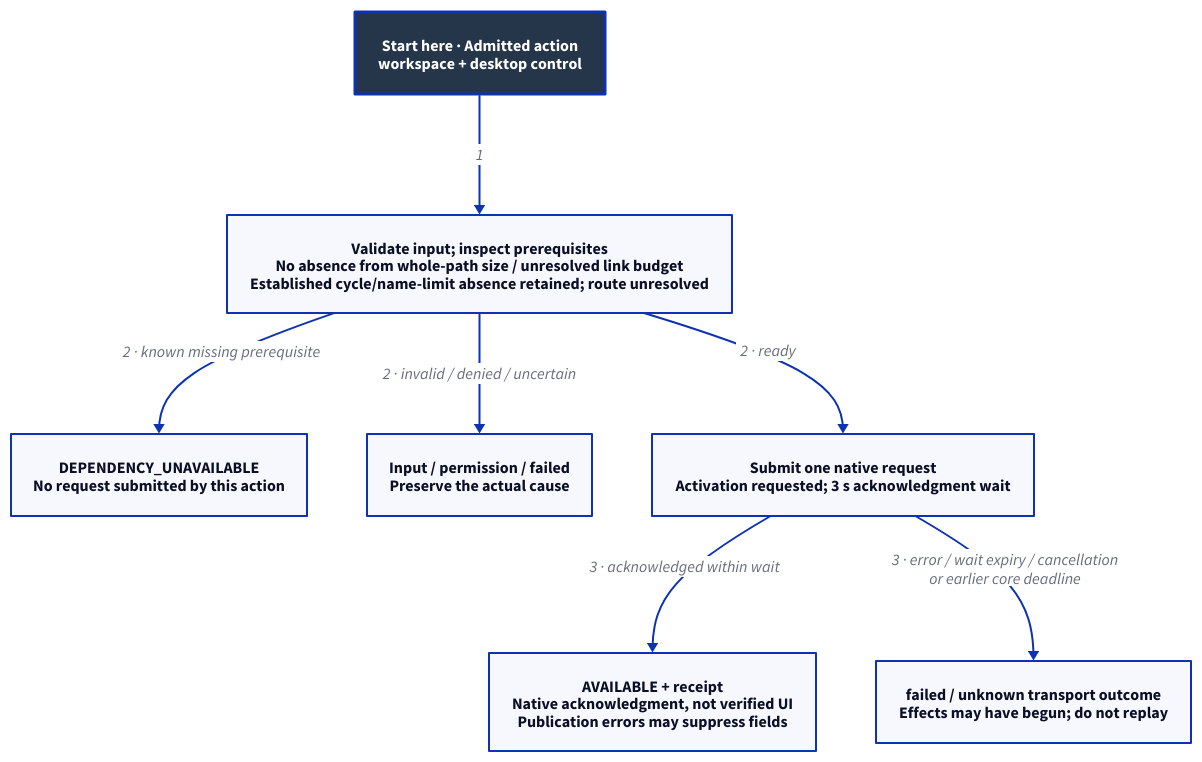
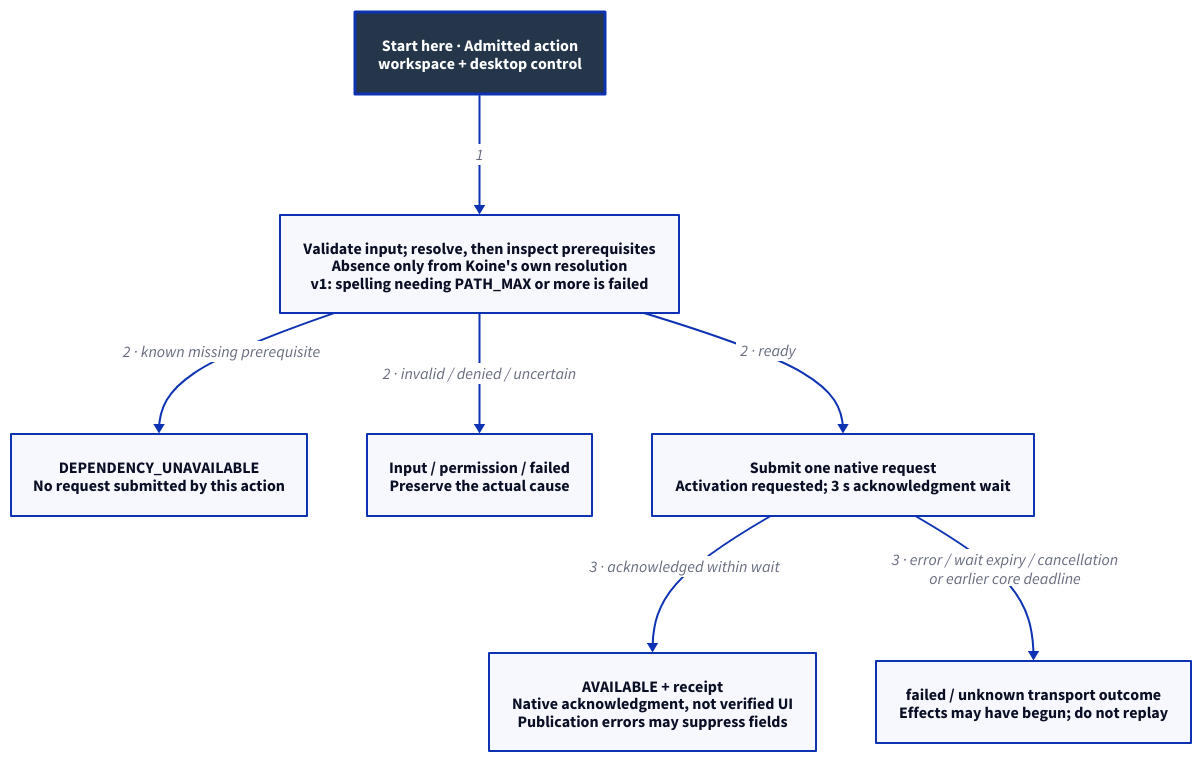
One commit to Linkuistics/Koine changed the diagram in docs/design/architecture/workspace-outcomes.d2. Above: the diagram before and after it, drawn with D2. The commit also changed 30 other files, not shown here.

First line of the commit message:
Design v1 long-location actions: resolve truthfully, refuse at application hand-off (long-action-route-k165)

```diff
--- a/docs/design/architecture/workspace-outcomes.d2
+++ b/docs/design/architecture/workspace-outcomes.d2
@@ -1,18 +1,18 @@
 # Control flow, not a state machine or model-checking result.
 direction: down
 classes: {
   start: {style: {fill: "#25364B"; font-color: "#FFFFFF"; bold: true; stroke-width: 3}}
 }
 Admit: "Start here · Admitted action\nworkspace + desktop control" {class: start}
-Inspect: "Validate input; inspect prerequisites\nNo absence from whole-path size / unresolved link budget\nEstablished cycle/name-limit absence retained; route unresolved"
+Inspect: "Validate input; resolve, then inspect prerequisites\nAbsence only from Koine's own resolution\nv1: spelling needing PATH_MAX or more is failed"
 Missing: "DEPENDENCY_UNAVAILABLE\nNo request submitted by this action"
 Refuse: "Input / permission / failed\nPreserve the actual cause"
 Submit: "Submit one native request\nActivation requested; 3 s acknowledgment wait"
 Accepted: "AVAILABLE + receipt\nNative acknowledgment, not verified UI\nPublication errors may suppress fields"
 Failed: "failed / unknown transport outcome\nEffects may have begun; do not replay"
 Admit -> Inspect: "1"
 Inspect -> Missing: "2 · known missing prerequisite"
 Inspect -> Refuse: "2 · invalid / denied / uncertain"
 Inspect -> Submit: "2 · ready"
 Submit -> Accepted: "3 · acknowledged within wait"
 Submit -> Failed: "3 · error / wait expiry / cancellation\nor earlier core deadline"
```
